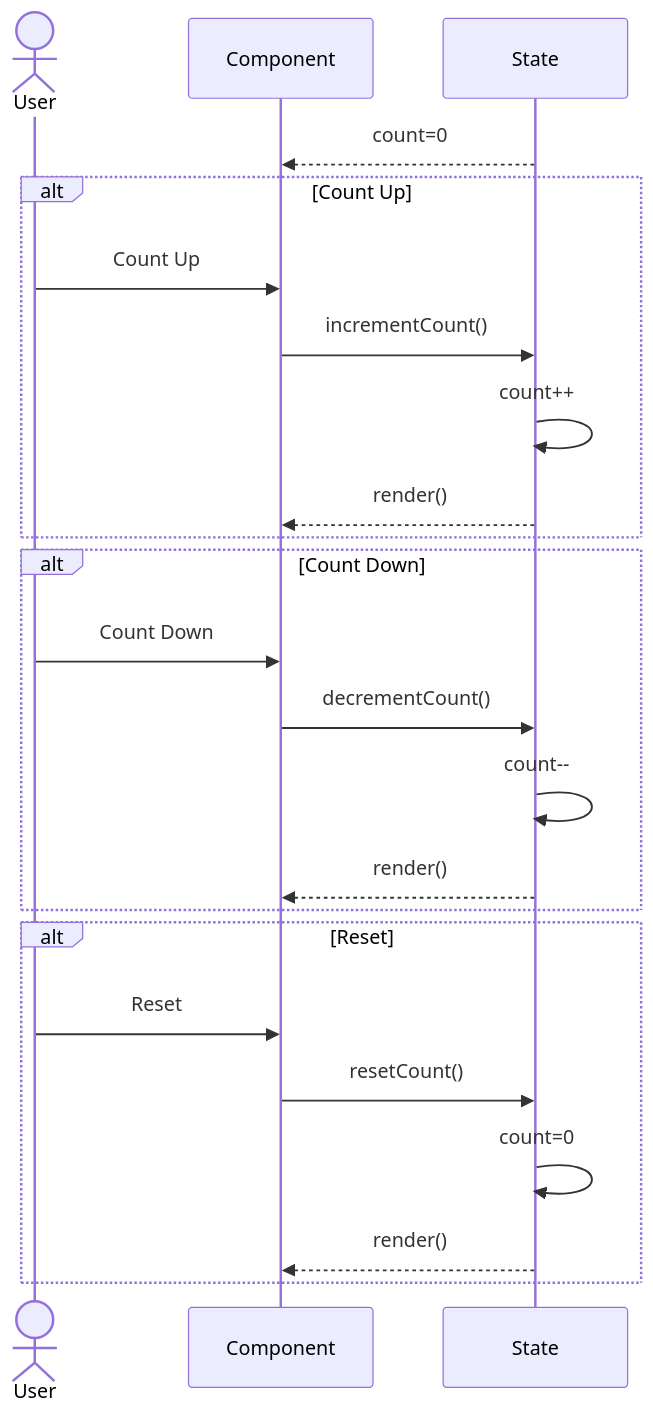
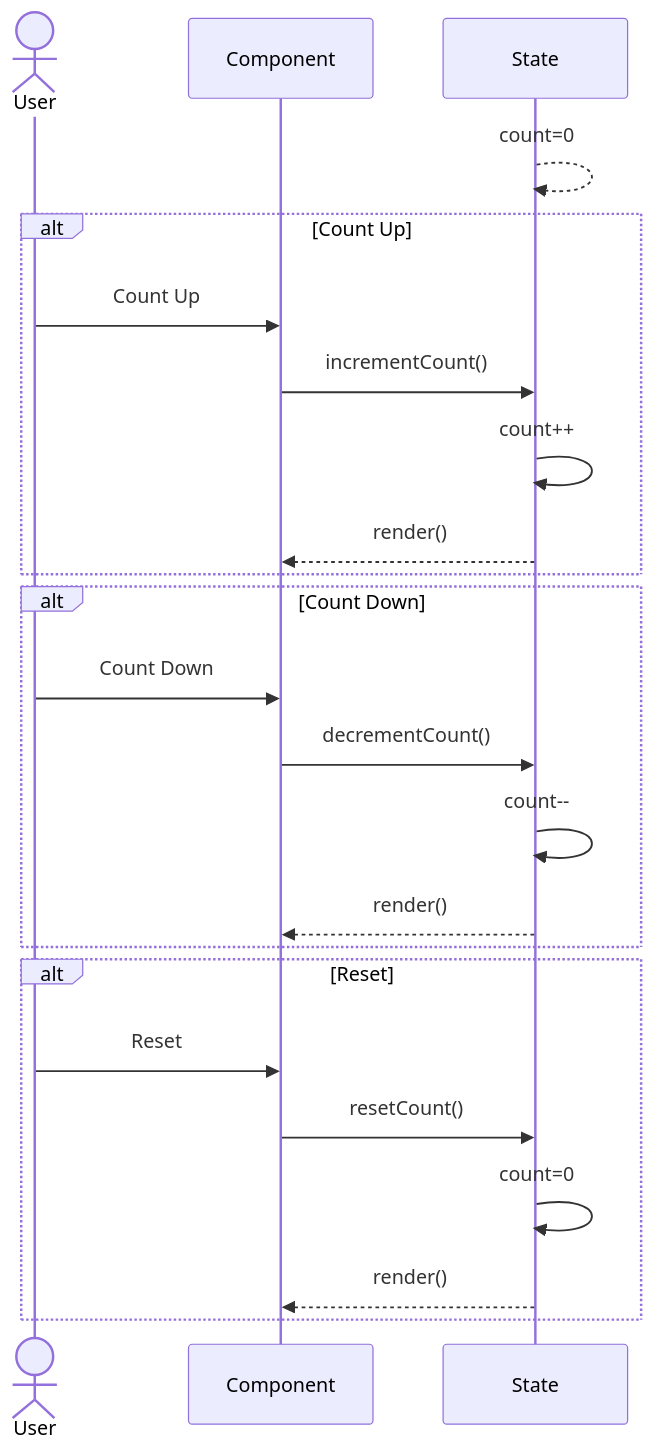
One commit to fedorax/Developers-Note changed the second of 2 diagrams in react/State.md. Above: the diagram before and after it, drawn with Mermaid. The commit also changed other lines of this file, not shown here.

````diff
--- a/react/State.md
+++ b/react/State.md
@@ -17,31 +17,31 @@
 ```mermaid
 sequenceDiagram
     Actor User
     participant Component
     participant State
 
-    State-->>Component: count=0
+    State-->>State: count=0
 
     alt Count Up
         User->>Component: Count Up
         Component->>State: incrementCount()
         State->>State: count++
         State-->>Component: render();
     end
 
     alt Count Down
         User->>Component: Count Down
         Component->>State: decrementCount()
         State->>State: count--
         State-->>Component: render();
     end
 
 
     alt Reset
         User->>Component: Reset
         Component->>State: resetCount()
         State->>State: count=0
         State-->>Component: render();
     end
 
 ```
````
